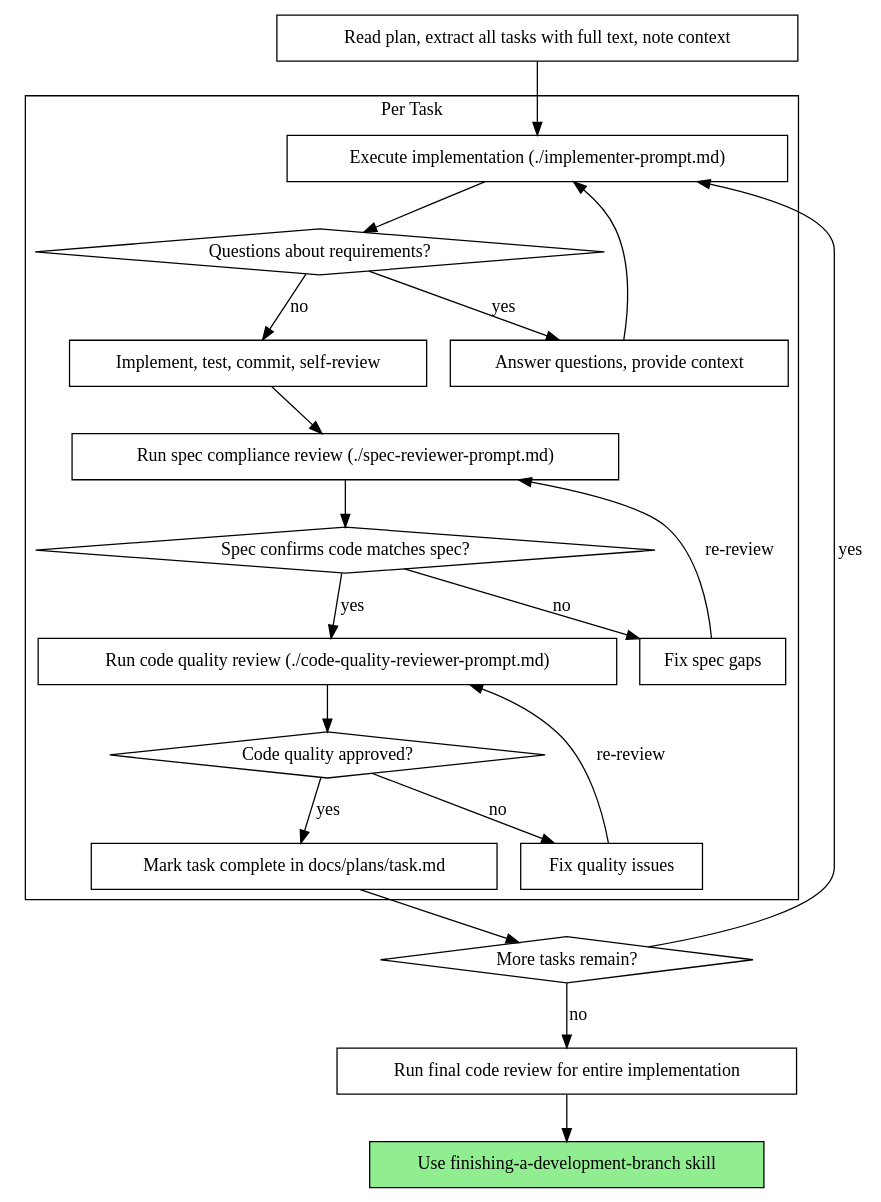
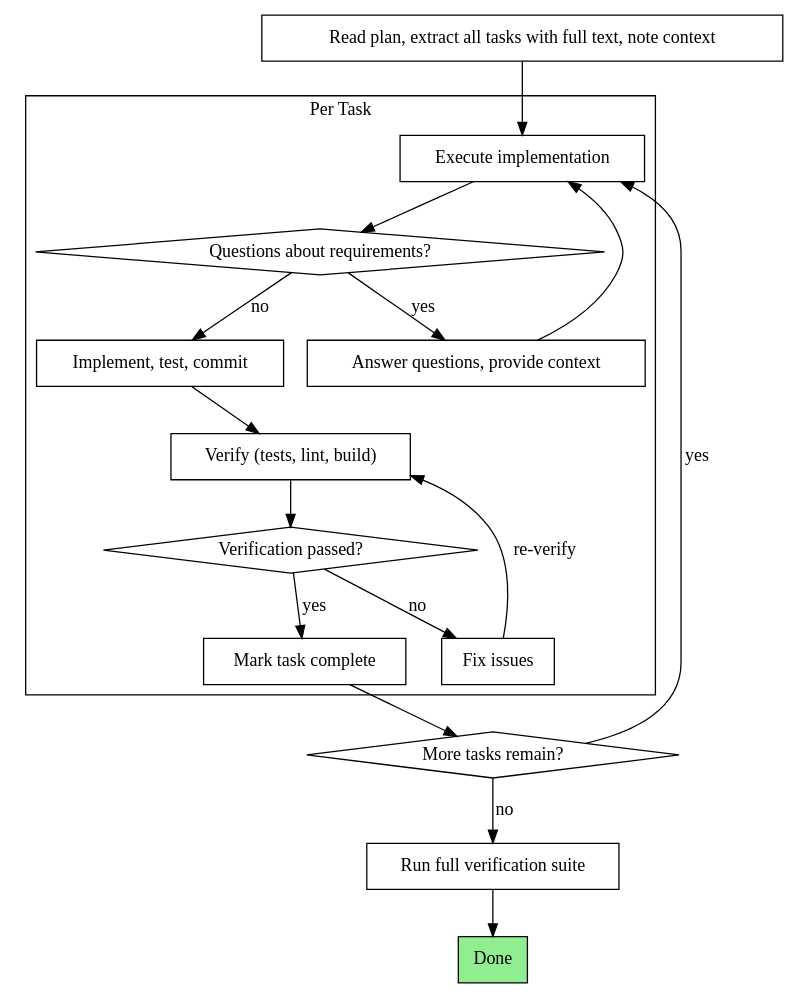
One commit to shanmukha-sai-chinnam/skills changed the diagram in skills/superpowers/single-flow-task-execution/SKILL.md. Above: the diagram before and after it, drawn with Graphviz. The commit also changed other lines of this file and 9 other files, not shown here.

First line of the commit message:
chore: purge code review and branch finishing skills

````diff
--- a/skills/superpowers/single-flow-task-execution/SKILL.md
+++ b/skills/superpowers/single-flow-task-execution/SKILL.md
@@ -68,44 +43,37 @@
 ```dot
 digraph process {
     rankdir=TB;
 
     subgraph cluster_per_task {
         label="Per Task";
-        "Execute implementation (./implementer-prompt.md)" [shape=box];
+        "Execute implementation" [shape=box];
         "Questions about requirements?" [shape=diamond];
         "Answer questions, provide context" [shape=box];
-        "Implement, test, commit, self-review" [shape=box];
-        "Run spec compliance review (./spec-reviewer-prompt.md)" [shape=box];
-        "Spec confirms code matches spec?" [shape=diamond];
-        "Fix spec gaps" [shape=box];
-        "Run code quality review (./code-quality-reviewer-prompt.md)" [shape=box];
-        "Code quality approved?" [shape=diamond];
-        "Fix quality issues" [shape=box];
-        "Mark task complete in docs/plans/task.md" [shape=box];
+        "Implement, test, commit" [shape=box];
+        "Verify (tests, lint, build)" [shape=box];
+        "Verification passed?" [shape=diamond];
+        "Fix issues" [shape=box];
+        "Mark task complete" [shape=box];
     }
 
     "Read plan, extract all tasks with full text, note context" [shape=box];
     "More tasks remain?" [shape=diamond];
-    "Run final code review for entire implementation" [shape=box];
-    "Use finishing-a-development-branch skill" [shape=box style=filled fillcolor=lightgreen];
+    "Run full verification suite" [shape=box];
+    "Done" [shape=box style=filled fillcolor=lightgreen];
 
-    "Read plan, extract all tasks with full text, note context" -> "Execute implementation (./implementer-prompt.md)";
-    "Execute implementation (./implementer-prompt.md)" -> "Questions about requirements?";
+    "Read plan, extract all tasks with full text, note context" -> "Execute implementation";
+    "Execute implementation" -> "Questions about requirements?";
     "Questions about requirements?" -> "Answer questions, provide context" [label="yes"];
-    "Answer questions, provide context" -> "Execute implementation (./implementer-prompt.md)";
-    "Questions about requirements?" -> "Implement, test, commit, self-review" [label="no"];
-    "Implement, test, commit, self-review" -> "Run spec compliance review (./spec-reviewer-prompt.md)";
-    "Run spec compliance review (./spec-reviewer-prompt.md)" -> "Spec confirms code matches spec?";
-    "Spec confirms code matches spec?" -> "Fix spec gaps" [label="no"];
-    "Fix spec gaps" -> "Run spec compliance review (./spec-reviewer-prompt.md)" [label="re-review"];
-    "Spec confirms code matches spec?" -> "Run code quality review (./code-quality-reviewer-prompt.md)" [label="yes"];
-    "Run code quality review (./code-quality-reviewer-prompt.md)" -> "Code quality approved?";
-    "Code quality approved?" -> "Fix quality issues" [label="no"];
-    "Fix quality issues" -> "Run code quality review (./code-quality-reviewer-prompt.md)" [label="re-review"];
-    "Code quality approved?" -> "Mark task complete in docs/plans/task.md" [label="yes"];
-    "Mark task complete in docs/plans/task.md" -> "More tasks remain?";
-    "More tasks remain?" -> "Execute implementation (./implementer-prompt.md)" [label="yes"];
-    "More tasks remain?" -> "Run final code review for entire implementation" [label="no"];
-    "Run final code review for entire implementation" -> "Use finishing-a-development-branch skill";
+    "Answer questions, provide context" -> "Execute implementation";
+    "Questions about requirements?" -> "Implement, test, commit" [label="no"];
+    "Implement, test, commit" -> "Verify (tests, lint, build)";
+    "Verify (tests, lint, build)" -> "Verification passed?";
+    "Verification passed?" -> "Fix issues" [label="no"];
+    "Fix issues" -> "Verify (tests, lint, build)" [label="re-verify"];
+    "Verification passed?" -> "Mark task complete" [label="yes"];
+    "Mark task complete" -> "More tasks remain?";
+    "More tasks remain?" -> "Execute implementation" [label="yes"];
+    "More tasks remain?" -> "Run full verification suite" [label="no"];
+    "Run full verification suite" -> "Done";
 }
 ```
````
